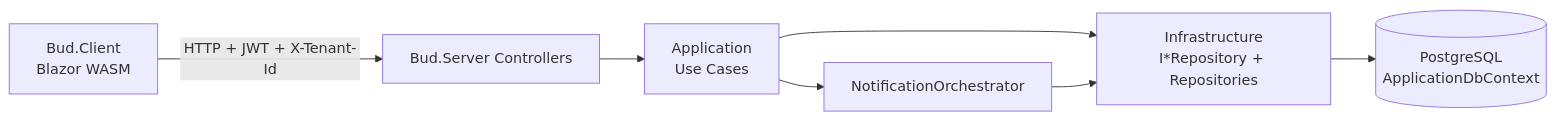
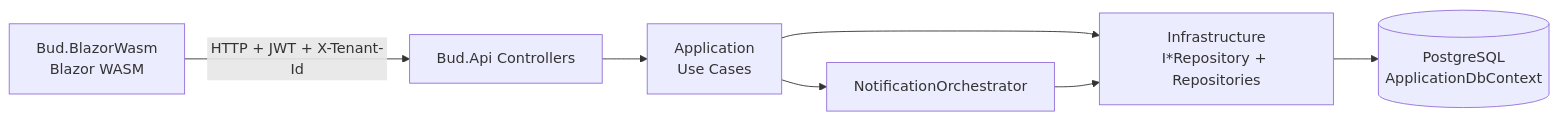
One commit to dsbraz/bud changed the second of 11 diagrams in README.md. Above: the diagram before and after it, drawn with Mermaid. The commit also changed other lines of this file and 1152 other files, not shown here.

````diff
--- a/README.md
+++ b/README.md
@@ -274,9 +273,9 @@
 ```mermaid
 flowchart LR
-    A[Bud.Client<br/>Blazor WASM] -->|HTTP + JWT + X-Tenant-Id| B[Bud.Server Controllers]
+    A[Bud.BlazorWasm<br/>Blazor WASM] -->|HTTP + JWT + X-Tenant-Id| B[Bud.Api Controllers]
     B --> C[Application<br/>Use Cases]
     C --> R[Infrastructure<br/>I*Repository + Repositories]
     R --> E[(PostgreSQL<br/>ApplicationDbContext)]
     C --> N[NotificationOrchestrator]
     N --> R
 ```
````
